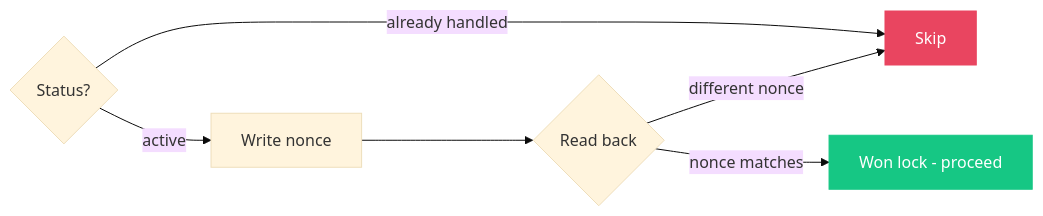
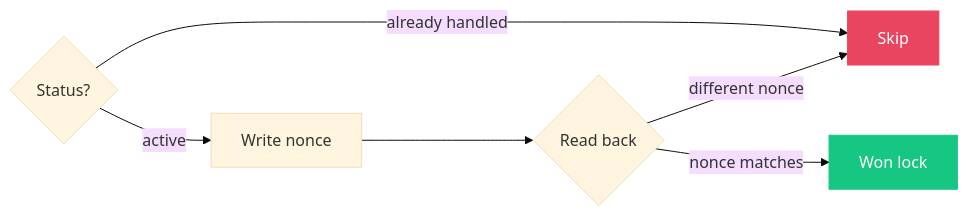
Before and after one commit to MattBro/posthog-bugfix-agent: the third of 4 diagrams in OVERVIEW.md, drawn with Mermaid (base theme). The commit also changed other lines of this file, not shown here.

````diff
--- a/OVERVIEW.md
+++ b/OVERVIEW.md
@@ -48,10 +44,10 @@
 ```mermaid
 flowchart LR
     A{"Status?"} -- "already handled" --> B["Skip"]
     A -- "active" --> C["Write nonce"] --> D{"Read back"}
-    D -- "nonce matches" --> E["Won lock - proceed"]
+    D -- "nonce matches" --> E["Won lock"]
     D -- "different nonce" --> B
 
     style B fill:#e94560,stroke:#e94560,color:#fff
     style E fill:#16c784,stroke:#16c784,color:#fff
 ```
````
